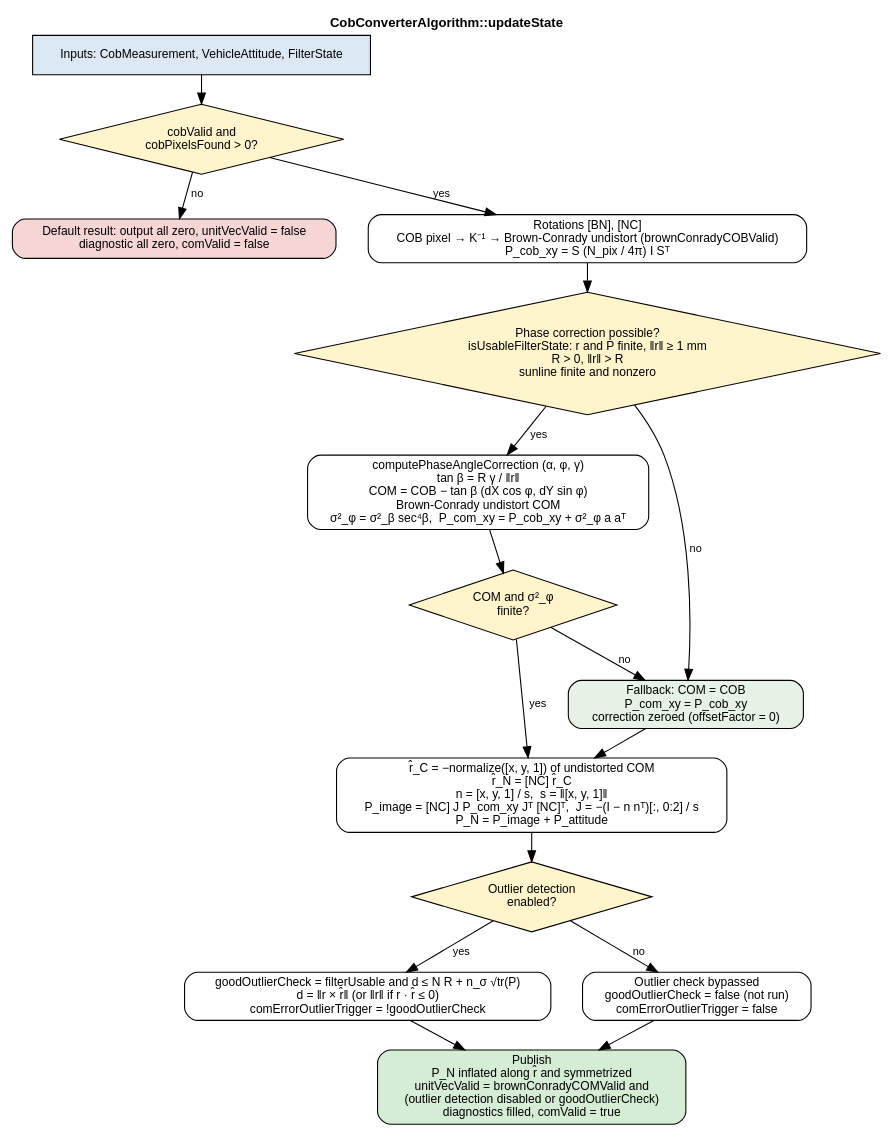
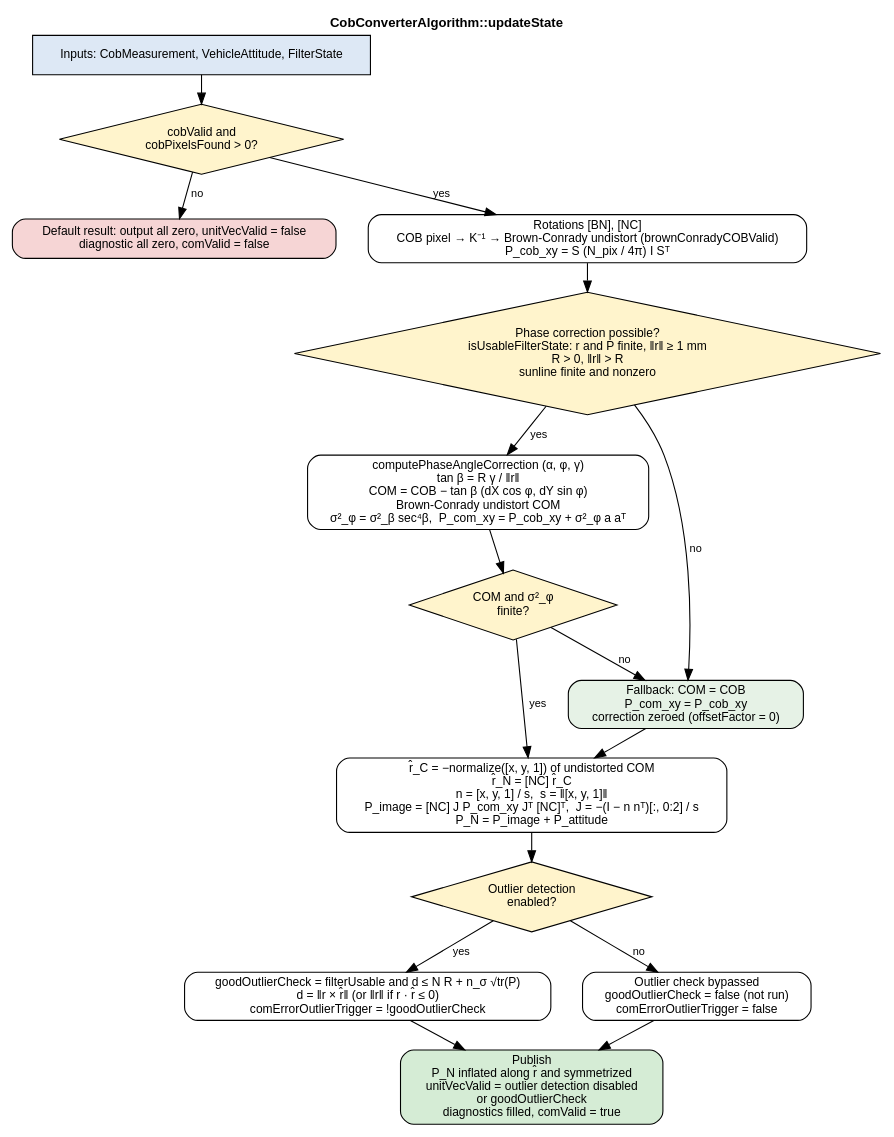
One commit to lasp/fp32-fsw-xmera changed the diagram in algorithms/cobConverter/_Documentations/cobConverterUpdateState.dot. Above: the diagram before and after it, drawn with Graphviz. The commit also changed 5 other files, not shown here.

```diff
--- a/algorithms/cobConverter/_Documentations/cobConverterUpdateState.dot
+++ b/algorithms/cobConverter/_Documentations/cobConverterUpdateState.dot
@@ -1,51 +1,51 @@
 // CobConverterAlgorithm::updateState() flow chart.
 // Render: dot -Tpng -Gdpi=150 cobConverterUpdateState.dot -o cobConverterUpdateState.png
 digraph cobConverterUpdateState {
     rankdir=TB;
     nodesep=0.4;
     ranksep=0.35;
     node [fontname="Helvetica", fontsize=11, shape=box, style="rounded,filled", fillcolor="#ffffff"];
     edge [fontname="Helvetica", fontsize=10];
 
     label="CobConverterAlgorithm::updateState";
     labelloc=t;
     fontname="Helvetica-Bold"; fontsize=12;
 
     start [label="Inputs: CobMeasurement, VehicleAttitude, FilterState", style="filled", fillcolor="#dde8f5"];
 
     cobValid [label="cobValid and\ncobPixelsFound > 0?", shape=diamond, style="filled", fillcolor="#fff4cc"];
     zeroResult [label="Default result: output all zero, unitVecValid = false\ndiagnostic all zero, comValid = false", fillcolor="#f6d5d5"];
 
     cob [label="Rotations [BN], [NC]\nCOB pixel → K⁻¹ → Brown-Conrady undistort (brownConradyCOBValid)\nP_cob_xy = S (N_pix / 4π) I Sᵀ"];
 
     canCorrect [label="Phase correction possible?\nisUsableFilterState: r and P finite, ‖r‖ ≥ 1 mm\nR > 0, ‖r‖ > R\nsunline finite and nonzero", shape=diamond, style="filled", fillcolor="#fff4cc"];
 
     correct [label="computePhaseAngleCorrection (α, φ, γ)\ntan β = R γ / ‖r‖\nCOM = COB − tan β (dX cos φ, dY sin φ)\nBrown-Conrady undistort COM\nσ²_φ = σ²_β sec⁴β,  P_com_xy = P_cob_xy + σ²_φ a aᵀ"];
     finite [label="COM and σ²_φ\nfinite?", shape=diamond, style="filled", fillcolor="#fff4cc"];
     fallback [label="Fallback: COM = COB\nP_com_xy = P_cob_xy\ncorrection zeroed (offsetFactor = 0)", fillcolor="#e6f2e6"];
 
     heading [label="r̂_C = −normalize([x, y, 1]) of undistorted COM\nr̂_N = [NC] r̂_C\nn = [x, y, 1] / s,  s = ‖[x, y, 1]‖\nP_image = [NC] J P_com_xy Jᵀ [NC]ᵀ,  J = −(I − n nᵀ)[:, 0:2] / s\nP_N = P_image + P_attitude"];
 
     outlierEnabled [label="Outlier detection\nenabled?", shape=diamond, style="filled", fillcolor="#fff4cc"];
     gate [label="goodOutlierCheck = filterUsable and d ≤ N R + n_σ √tr(P)\nd = ‖r × r̂‖ (or ‖r‖ if r · r̂ ≤ 0)\ncomErrorOutlierTrigger = !goodOutlierCheck"];
     noGate [label="Outlier check bypassed\ngoodOutlierCheck = false (not run)\ncomErrorOutlierTrigger = false"];
 
-    publish [label="Publish\nP_N inflated along r̂ and symmetrized\nunitVecValid = brownConradyCOMValid and\n(outlier detection disabled or goodOutlierCheck)\ndiagnostics filled, comValid = true", fillcolor="#d5ecd5"];
+    publish [label="Publish\nP_N inflated along r̂ and symmetrized\nunitVecValid = outlier detection disabled\nor goodOutlierCheck\ndiagnostics filled, comValid = true", fillcolor="#d5ecd5"];
 
     start -> cobValid;
 
     cobValid -> zeroResult [label=" no"];
     cobValid -> cob [label=" yes"];
     cob -> canCorrect;
     canCorrect -> correct [label=" yes"];
     canCorrect -> fallback [label=" no"];
     correct -> finite;
     finite -> heading [label=" yes"];
     finite -> fallback [label=" no"];
     fallback -> heading;
     heading -> outlierEnabled;
     outlierEnabled -> gate [label=" yes"];
     outlierEnabled -> noGate [label=" no"];
     gate -> publish;
     noGate -> publish;
 }
```
